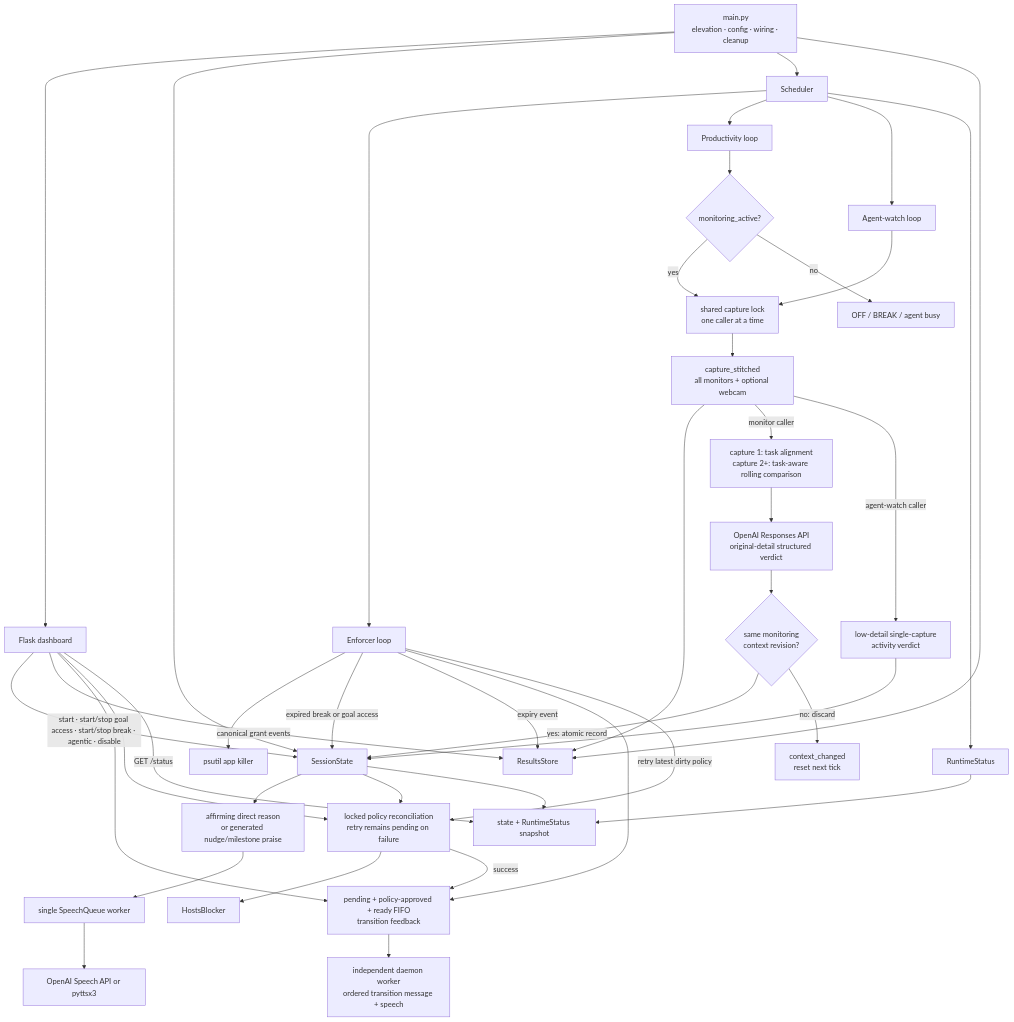
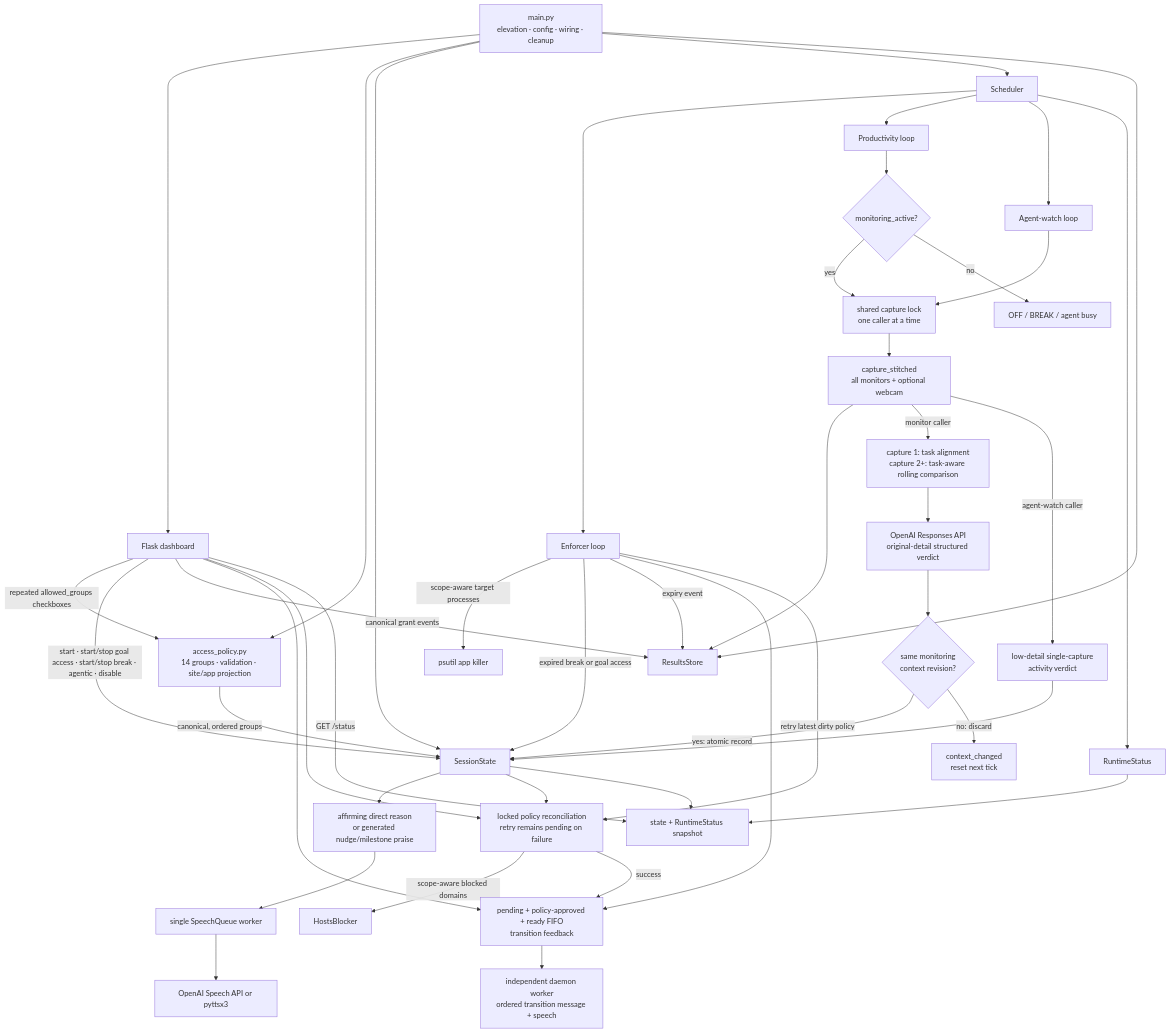
Before and after one commit to BurnyCoder/deep-work-jarvis-waifu-supervisor: the diagram in README.md, drawn with Mermaid. The commit also changed other lines of this file and 1 other file, not shown here.

Commit message:
docs: describe unified access policy

````diff
--- a/README.md
+++ b/README.md
@@ -208,48 +211,51 @@
 ```mermaid
 flowchart TD
     Main["main.py<br/>elevation · config · wiring · cleanup"] --> UI["Flask dashboard"]
+    Main --> Policy["access_policy.py<br/>14 groups · validation · site/app projection"]
     Main --> State["SessionState"]
     Main --> Scheduler["Scheduler"]
     Main --> Store["ResultsStore"]
 
+    UI -- "repeated allowed_groups checkboxes" --> Policy
+    Policy -- "canonical, ordered groups" --> State
     UI -- "start · start/stop goal access · start/stop break · agentic · disable" --> State
     UI -- "canonical grant events" --> Store
     UI --> GoalFeedback["pending + policy-approved + ready FIFO<br/>transition feedback"]
     UI --> Reconcile["locked policy reconciliation<br/>retry remains pending on failure"]
     UI -- "GET /status" --> Status["state + RuntimeStatus snapshot"]
 
     Scheduler --> Enforcer["Enforcer loop"]
-    Enforcer --> AppKiller["psutil app killer"]
+    Enforcer -- "scope-aware target processes" --> AppKiller["psutil app killer"]
     Enforcer -- "expired break or goal access" --> State
     Enforcer -- "expiry event" --> Store
     Enforcer --> GoalFeedback
     Enforcer -- "retry latest dirty policy" --> Reconcile
-    Reconcile --> Hosts["HostsBlocker"]
+    Reconcile -- "scope-aware blocked domains" --> Hosts["HostsBlocker"]
     Reconcile -- "success" --> GoalFeedback
     GoalFeedback --> TransitionVoice["independent daemon worker<br/>ordered transition message + speech"]
 
     Scheduler --> Monitor["Productivity loop"]
     Monitor --> Gate{"monitoring_active?"}
     Gate -- "yes" --> CaptureLock["shared capture lock<br/>one caller at a time"]
     Gate -- "no" --> Paused["OFF / BREAK / agent busy"]
     CaptureLock --> Capture["capture_stitched<br/>all monitors + optional webcam"]
     Capture --> Store
     Capture -- "monitor caller" --> Analyzer["capture 1: task alignment<br/>capture 2+: task-aware rolling comparison"]
     Analyzer --> Vision["OpenAI Responses API<br/>original-detail structured verdict"]
     Vision --> ContextGate{"same monitoring<br/>context revision?"}
     ContextGate -- "yes: atomic record" --> State
     ContextGate -- "no: discard" --> Stale["context_changed<br/>reset next tick"]
     State --> Feedback["affirming direct reason<br/>or generated nudge/milestone praise"]
     Feedback --> Speech["single SpeechQueue worker"]
     Speech --> TTS["OpenAI Speech API or pyttsx3"]
 
     Scheduler --> AgentWatch["Agent-watch loop"]
     AgentWatch --> CaptureLock
     Capture -- "agent-watch caller" --> AgentVision["low-detail single-capture<br/>activity verdict"]
     AgentVision --> State
     State --> Reconcile
 
     Scheduler --> Runtime["RuntimeStatus"]
     Runtime --> Status
     State --> Status
 ```
````
